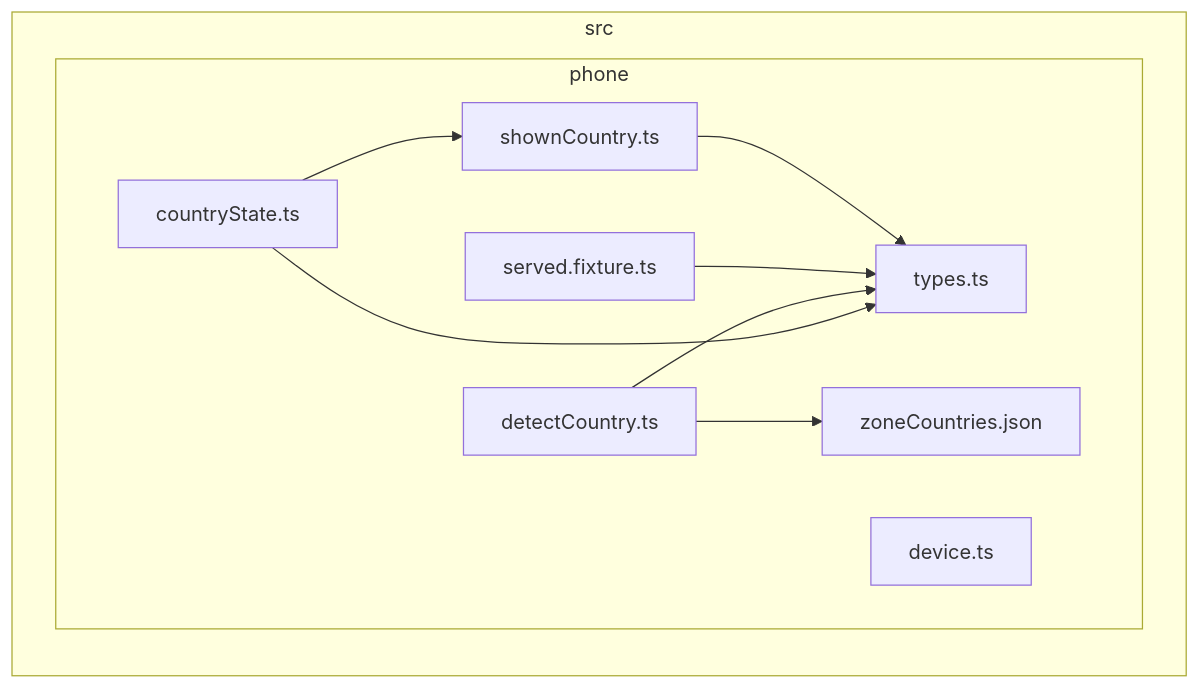
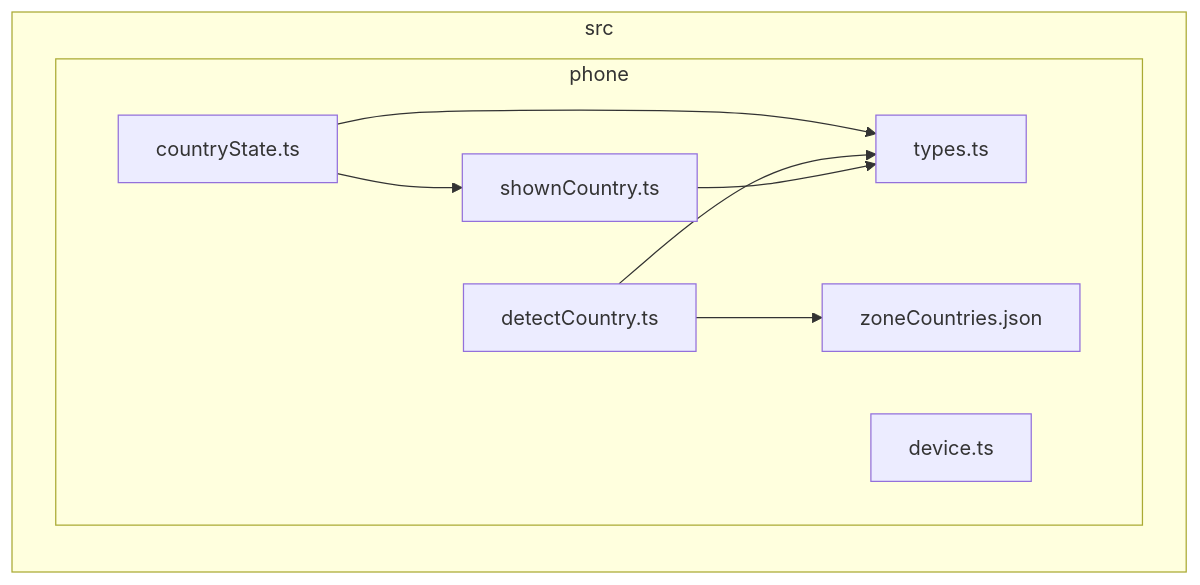
Before and after one commit to GonzaloZevallos/apostrophe: the diagram in docs/architecture/generated/front-modules/phone.md, drawn with Mermaid. The commit also changed 1 other file, not shown here.

Commit message:
Exclude the served-listing test stub from the front docs: only tests import it

````diff
--- a/docs/architecture/generated/front-modules/phone.md
+++ b/docs/architecture/generated/front-modules/phone.md
@@ -7,20 +7,18 @@
 ```mermaid
 flowchart LR
 subgraph src["src"]
   subgraph src_phone["phone"]
     src_phone_countryState_ts["countryState.ts"]
     src_phone_detectCountry_ts["detectCountry.ts"]
     src_phone_device_ts["device.ts"]
-    src_phone_served_fixture_ts["served.fixture.ts"]
     src_phone_shownCountry_ts["shownCountry.ts"]
     src_phone_types_ts["types.ts"]
     src_phone_zoneCountries_json["zoneCountries.json"]
   end
 end
 src_phone_countryState_ts-->src_phone_shownCountry_ts
 src_phone_countryState_ts-->src_phone_types_ts
 src_phone_detectCountry_ts-->src_phone_types_ts
 src_phone_detectCountry_ts-->src_phone_zoneCountries_json
-src_phone_served_fixture_ts-->src_phone_types_ts
 src_phone_shownCountry_ts-->src_phone_types_ts
 ```
````
